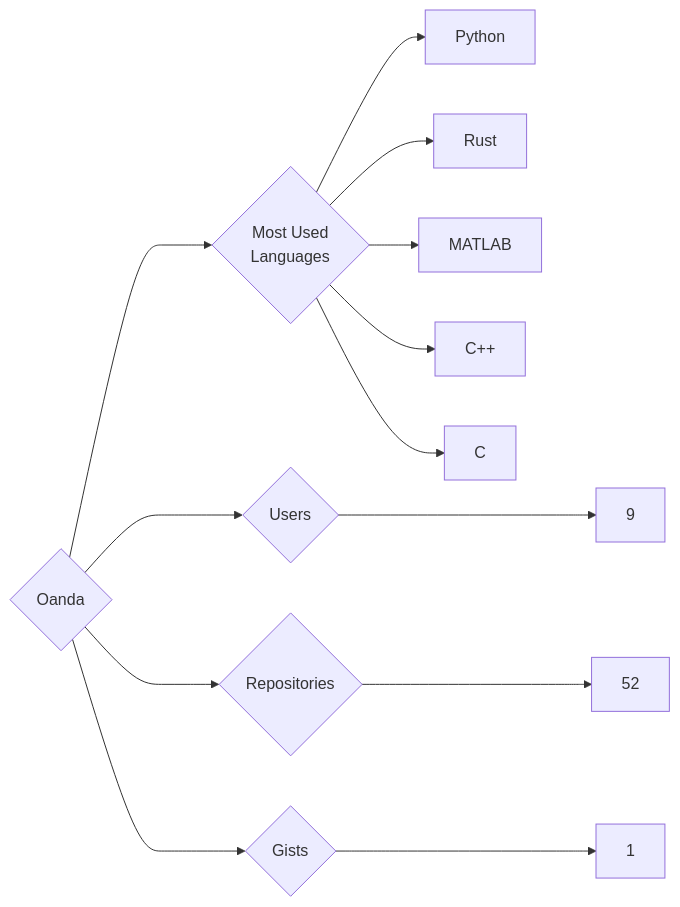
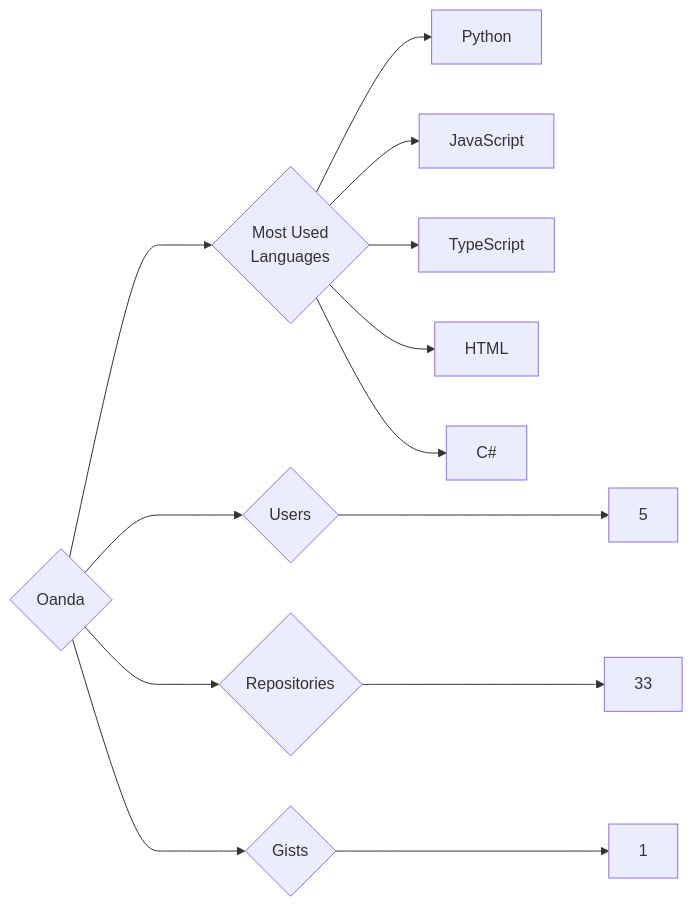
One commit to trickest/insiders changed the diagram in targets/Oanda/README.md. Above: the diagram before and after it, drawn with Mermaid. The commit also changed 1248 other files, not shown here.

````diff
--- a/targets/Oanda/README.md
+++ b/targets/Oanda/README.md
@@ -3,13 +3,13 @@
 ```mermaid
 graph LR
 COMPANY_NAME{Oanda}
-COMPANY_NAME ---> U{Users} ---> UN[9]
-COMPANY_NAME ---> R{Repositories} ---> RN[52]
+COMPANY_NAME ---> U{Users} ---> UN[5]
+COMPANY_NAME ---> R{Repositories} ---> RN[33]
 COMPANY_NAME ---> G{Gists} ---> GN[1]
 COMPANY_NAME ---> ML{Most Used<br>Languages}
 ML --> Python[Python]
-ML --> Rust[Rust]
-ML --> MATLAB[MATLAB]
-ML --> C++[C++]
-ML --> C[C]
+ML --> JavaScript[JavaScript]
+ML --> TypeScript[TypeScript]
+ML --> HTML[HTML]
+ML --> C#[C#]
 ```
````
